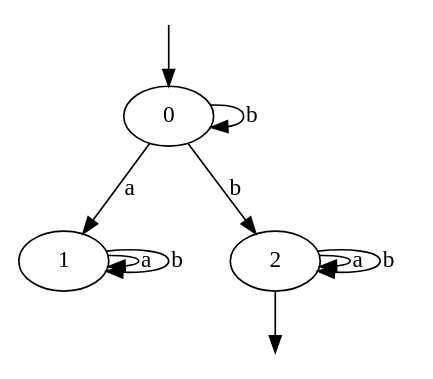
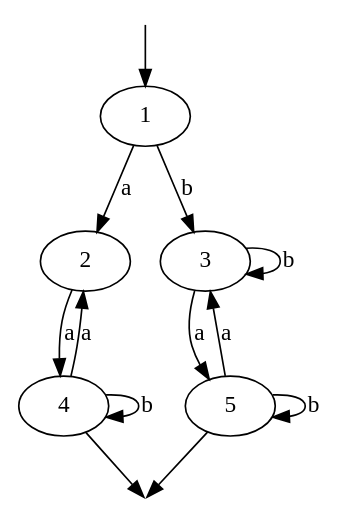
Before and after one commit to omarelhorre/automate: the diagram in demo.dot, drawn with Graphviz. The commit also changed 7 other files, not shown here.

```diff
--- a/demo.dot
+++ b/demo.dot
@@ -1,15 +1,17 @@
 digraph G {
 init [shape=point shape=point style=filled, fillcolor=white color=white];
 fin [shape=point shape=point style=filled, fillcolor=white color=white];
-init -> 0;
-0 -> 1 [label="a"];
-1 -> 1 [label="a"];
-1 -> 1 [label="b"];
-    
-    // Le chemin maudit : l'état mort
-0 -> 2 [label="b"];
-0 -> 0 [label="b"];
-2 -> 2 [label="a"];
-2 -> 2 [label="b"];
-2 -> fin;
+init -> 1;
+1 -> 2 [label="a"];
+1 -> 3 [label="b"];
+
+3 -> 3 [label="b"];
+2 -> 4 [label="a"];
+4 -> 2 [label="a"];
+4 -> 4 [label="b"];
+3 -> 5 [label="a"];
+5 -> 3 [label="a"];
+5 -> 5 [label="b"];
+5 -> fin;
+4 -> fin;
 }
```
